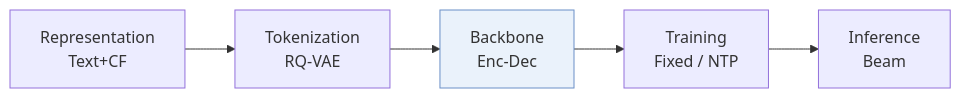
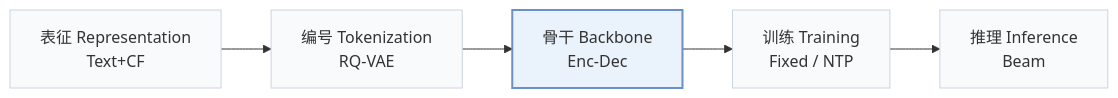
The first of 2 diagrams in pages/zh/papers/decor.md (Galaxy-ghost/Awesome-SID-Generative-Rec), drawn with Mermaid before and after one commit. The commit also changed other lines of this file and 649 other files, not shown here.

Commit message:
writer-05: also tags and modality index (schema, check, build, visuals); summary field removed; calibration data for 12 papers

````diff
--- a/pages/zh/papers/decor.md
+++ b/pages/zh/papers/decor.md
@@ -13,6 +15,8 @@
 ```mermaid
 flowchart LR
-    R["Representation<br/>Text+CF"] --> T["Tokenization<br/>RQ-VAE"] --> B["Backbone<br/>Enc-Dec"] --> TR["Training<br/>Fixed / NTP"] --> I["Inference<br/>Beam"]
-    classDef main fill:#eaf2fb,stroke:#6b8fc7
+    R["表征 Representation<br/>Text+CF"] --> T["编号 Tokenization<br/>RQ-VAE"] --> B["骨干 Backbone<br/>Enc-Dec"] --> TR["训练 Training<br/>Fixed / NTP"] --> I["推理 Inference<br/>Beam"]
+    classDef base fill:#f8fafc,stroke:#cbd5e1
+    class R,T,B,TR,I base
+    classDef main fill:#eaf2fb,stroke:#6b8fc7,stroke-width:2px
     class B main
 ```
````
